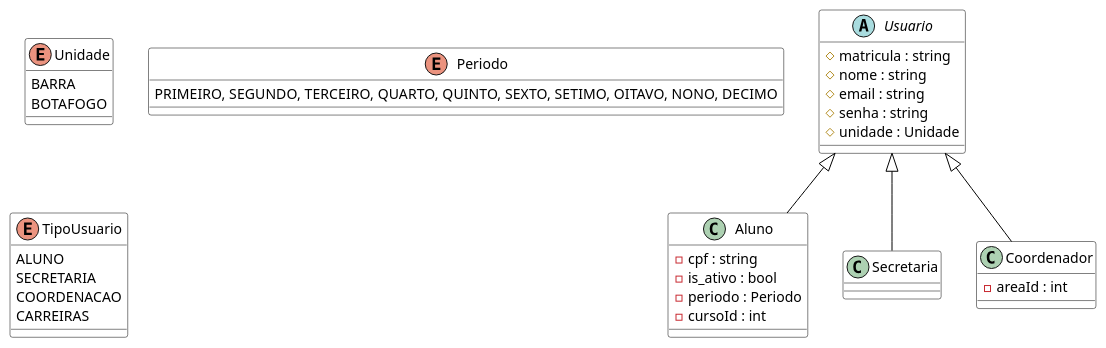
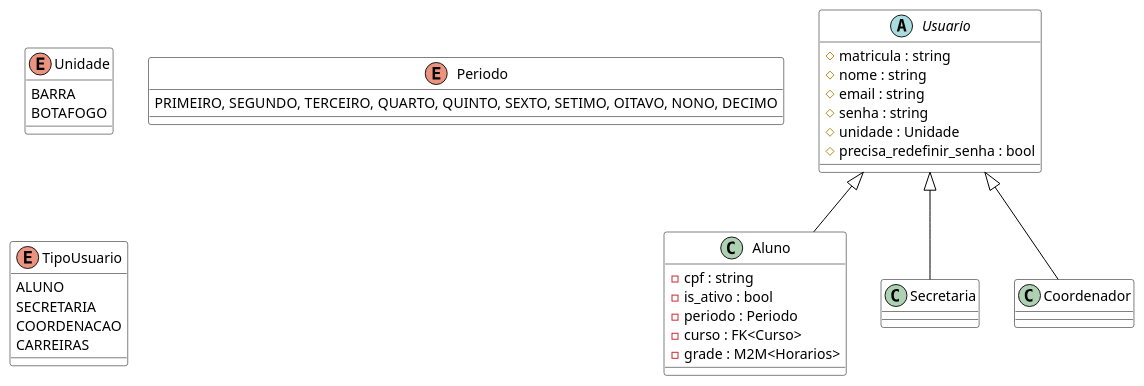
The diagram in docs/assets/Diagramas/src/diagrama_classes_usuarios.puml (Projetos-de-Extensao/PBE_26.1_8002_III), drawn with PlantUML before and after one commit. The commit also changed 7 other files, not shown here.

Commit message:
docs: atualização dos diagramas de classe para refletir o desenvolvimento

```diff
--- a/docs/assets/Diagramas/src/diagrama_classes_usuarios.puml
+++ b/docs/assets/Diagramas/src/diagrama_classes_usuarios.puml
@@ -1,50 +1,51 @@
 @startuml
 
 ' --- Estilos ---
 skinparam class {
     BackgroundColor White
     ArrowColor Black
     BorderColor Black
 }
 
 ' --- Enums ---
 enum Unidade {
     BARRA
     BOTAFOGO
 }
 
 enum Periodo {
     PRIMEIRO, SEGUNDO, TERCEIRO, QUARTO, QUINTO, SEXTO, SETIMO, OITAVO, NONO, DECIMO
 }
 
 enum TipoUsuario {
     ALUNO
     SECRETARIA
     COORDENACAO
     CARREIRAS
 }
 
 ' --- Classes de Usuários ---
 abstract class Usuario {
     # matricula : string
     # nome : string
     # email : string
     # senha : string
     # unidade : Unidade
+    # precisa_redefinir_senha : bool
 }
 
 class Aluno extends Usuario {
     - cpf : string
     - is_ativo : bool
     - periodo : Periodo
-    - cursoId : int
+    - curso : FK<Curso>
+    - grade : M2M<Horarios>
 }
 
 class Secretaria extends Usuario {
 }
 
 class Coordenador extends Usuario {
-    - areaId : int
 }
 
 @enduml
```
